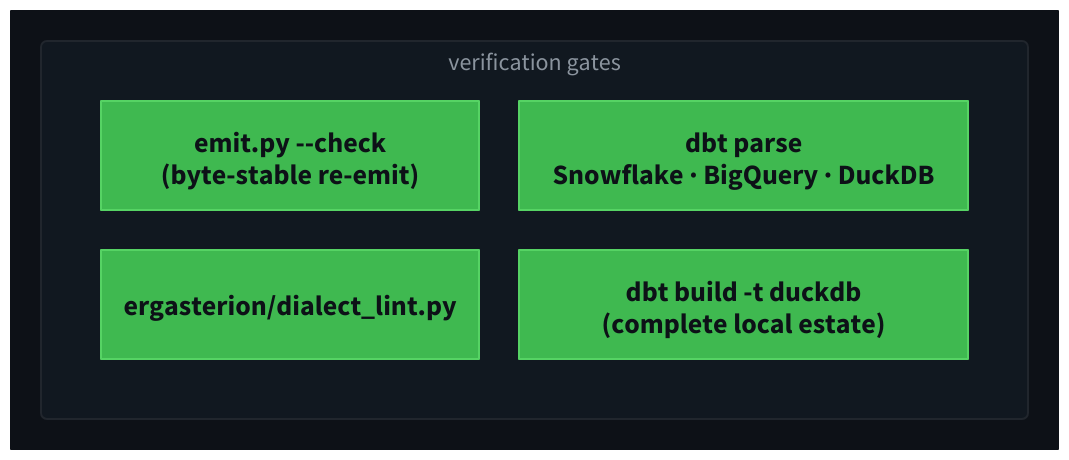
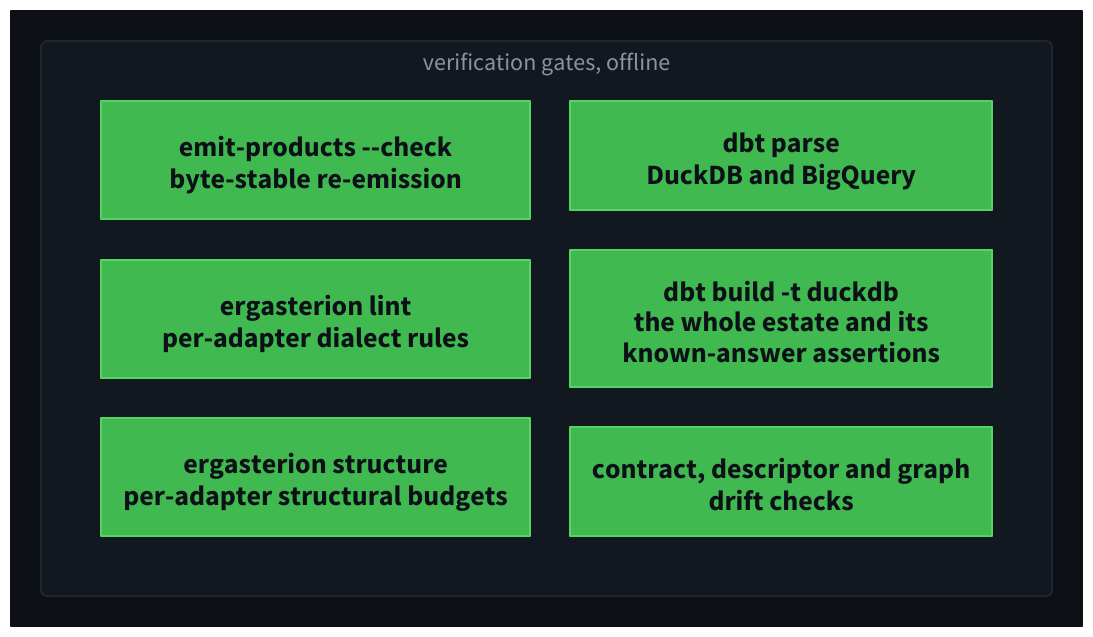
Before and after one commit to antikas/ergasterion: the diagram in docs/architecture/pipeline_gates.d2, drawn with D2. The commit also changed 2512 other files, not shown here.

Commit message:
Ergasterion 0.6.0: the product-graph engine, two worked estates, one emission command

```diff
--- a/docs/architecture/pipeline_gates.d2
+++ b/docs/architecture/pipeline_gates.d2
@@ -1,42 +1,49 @@
 # docs/architecture/pipeline_gates.d2
 #
-# Focused view of the verification gates shown in pipeline.d2.
+# Focused view of the offline verification gates shown in pipeline.d2. Every one
+# of them runs without a warehouse account. Rendered with:
+#   d2 --layout elk docs/architecture/pipeline_gates.d2 docs/architecture/pipeline_gates.svg
+# The committed SVG is generated from this source with the command above.
 
 canvas: {
   label: ""
   style.fill: "#0d1117"
   style.stroke: "#0d1117"
   near: top-left
 
   gates: {
-    label: "verification gates"
+    label: "verification gates, offline"
     class: container
     grid-columns: 2
-    byte_stable: "emit.py --check\n(byte-stable re-emit)"
-    dialect_lint: "ergasterion/dialect_lint.py"
-    target_parse: "dbt parse\nSnowflake · BigQuery · DuckDB"
-    duckdb_build: "dbt build -t duckdb\n(complete local estate)"
+    byte_stable: "emit-products --check\nbyte-stable re-emission"
+    dialect_lint: "ergasterion lint\nper-adapter dialect rules"
+    structure: "ergasterion structure\nper-adapter structural budgets"
+    target_parse: "dbt parse\nDuckDB and BigQuery"
+    duckdb_build: "dbt build -t duckdb\nthe whole estate and its\nknown-answer assertions"
+    publication: "contract, descriptor and graph\ndrift checks"
   }
 }
 
 classes: {
   container: {
     style.fill: "#111820"
     style.stroke: "#21262d"
     style.font-color: "#8b949e"
     style.border-radius: 6
     style.font-size: 24
   }
   gate-lit: {
     style.fill: "#3fb950"
     style.stroke: "#56d364"
     style.font-color: "#0d1117"
     style.stroke-width: 2
     style.font-size: 28
   }
 }
 
 canvas.gates.byte_stable.class: gate-lit
 canvas.gates.dialect_lint.class: gate-lit
+canvas.gates.structure.class: gate-lit
 canvas.gates.target_parse.class: gate-lit
 canvas.gates.duckdb_build.class: gate-lit
+canvas.gates.publication.class: gate-lit
```
